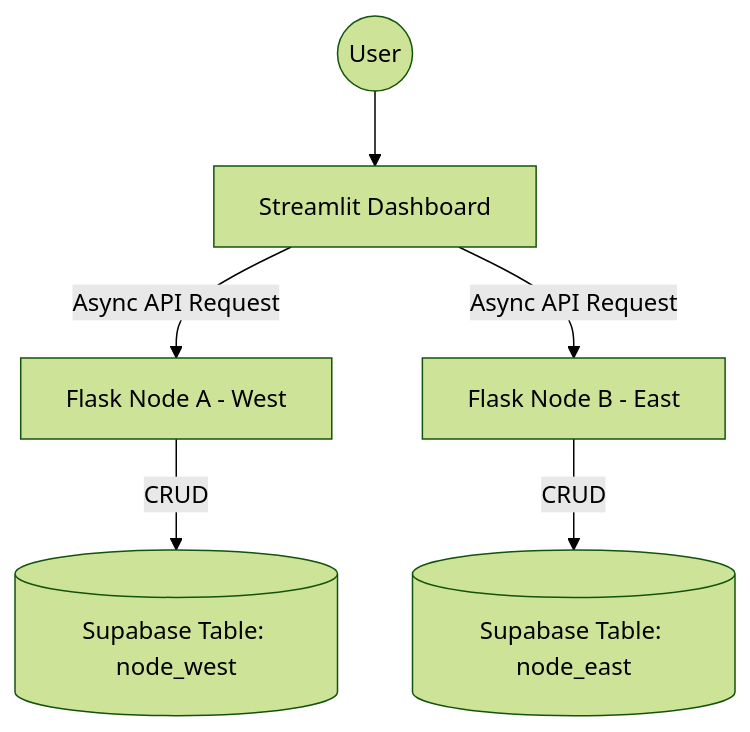
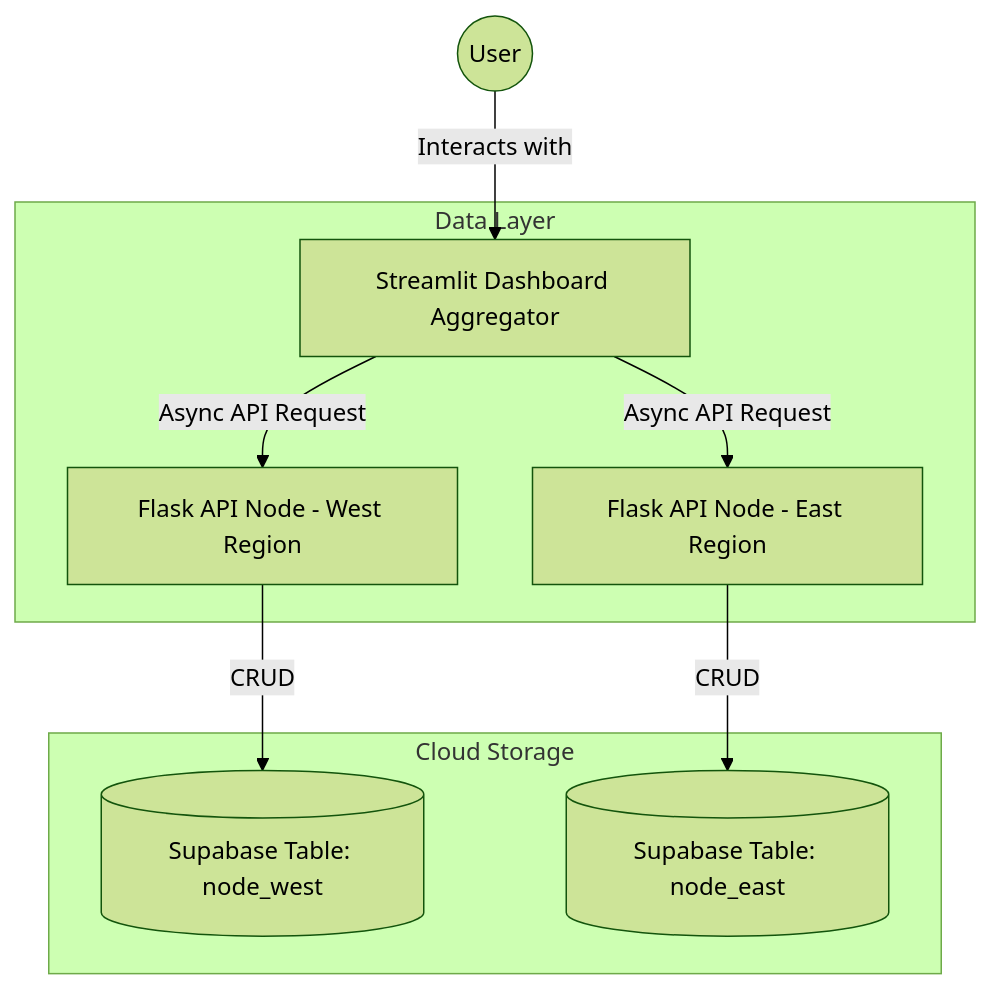
One commit to Hao610/DistributedComputerSystem_Asg changed the diagram in README.md. Above: the diagram before and after it, drawn with Mermaid (forest theme). The commit also changed other lines of this file, not shown here.

````diff
--- a/README.md
+++ b/README.md
@@ -72,8 +38,14 @@
 ```mermaid
 graph TD
-    User((User)) --> Dashboard[Streamlit Dashboard]
-    Dashboard -- Async API Request --> NodeA[Flask Node A - West]
-    Dashboard -- Async API Request --> NodeB[Flask Node B - East]
-    NodeA -- CRUD --> SupabaseA[(Supabase Table: node_west)]
-    NodeB -- CRUD --> SupabaseB[(Supabase Table: node_east)]
+    User((User)) -->|Interacts with| Dashboard[Streamlit Dashboard Aggregator]
+    
+    subgraph Data Layer
+        Dashboard -- Async API Request --> NodeA[Flask API Node - West Region]
+        Dashboard -- Async API Request --> NodeB[Flask API Node - East Region]
+    end
+    
+    subgraph Cloud Storage
+        NodeA -- CRUD --> SupabaseA[(Supabase Table: node_west)]
+        NodeB -- CRUD --> SupabaseB[(Supabase Table: node_east)]
+    end
 ```
````
